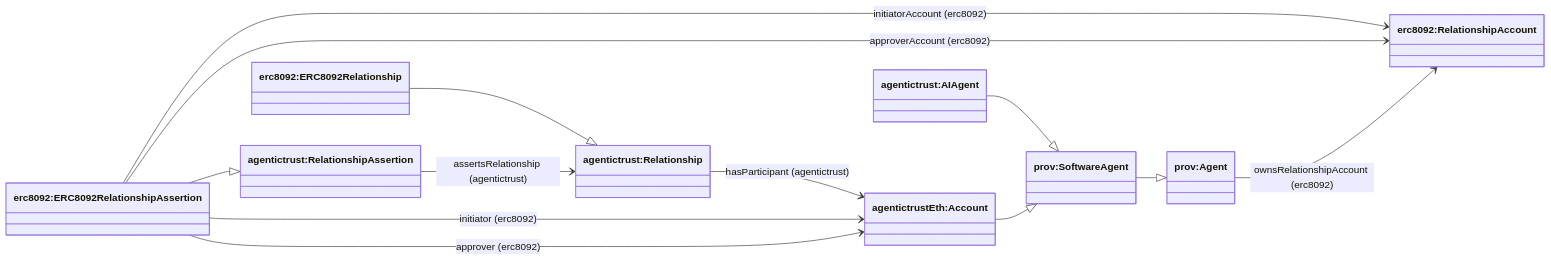
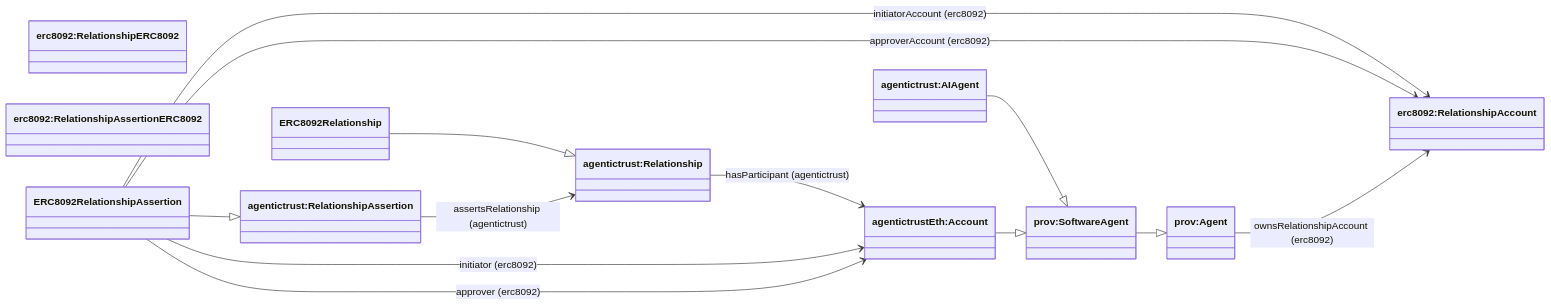
Before and after one commit to Agentic-Trust-Layer/agent-explorer: the diagram in docs/ontology/relationshipassertion.md, drawn with Mermaid. The commit also changed other lines of this file and 21 other files, not shown here.

````diff
--- a/docs/ontology/relationshipassertion.md
+++ b/docs/ontology/relationshipassertion.md
@@ -7,32 +7,32 @@
 ```mermaid
 classDiagram
 direction LR
 
 class provAgent["prov:Agent"]
 class provSoftwareAgent["prov:SoftwareAgent"]
 class Account["agentictrustEth:Account"]
 
 class AIAgent["agentictrust:AIAgent"]
 class Relationship["agentictrust:Relationship"]
 class RelationshipAssertion["agentictrust:RelationshipAssertion"]
 
-class ERC8092Relationship["erc8092:ERC8092Relationship"]
-class ERC8092RelationshipAssertion["erc8092:ERC8092RelationshipAssertion"]
+class RelationshipERC8092["erc8092:RelationshipERC8092"]
+class RelationshipAssertionERC8092["erc8092:RelationshipAssertionERC8092"]
 class RelationshipAccount["erc8092:RelationshipAccount"]
 
 ERC8092Relationship --|> Relationship
 ERC8092RelationshipAssertion --|> RelationshipAssertion
 AIAgent --|> provSoftwareAgent
 provSoftwareAgent --|> provAgent
 Account --|> provSoftwareAgent
 
 RelationshipAssertion --> Relationship : assertsRelationship (agentictrust)
 Relationship --> Account : hasParticipant (agentictrust)
 
 ERC8092RelationshipAssertion --> Account : initiator (erc8092)
 ERC8092RelationshipAssertion --> Account : approver (erc8092)
 ERC8092RelationshipAssertion --> RelationshipAccount : initiatorAccount (erc8092)
 ERC8092RelationshipAssertion --> RelationshipAccount : approverAccount (erc8092)
 
 provAgent --> RelationshipAccount : ownsRelationshipAccount (erc8092)
 ```
````
